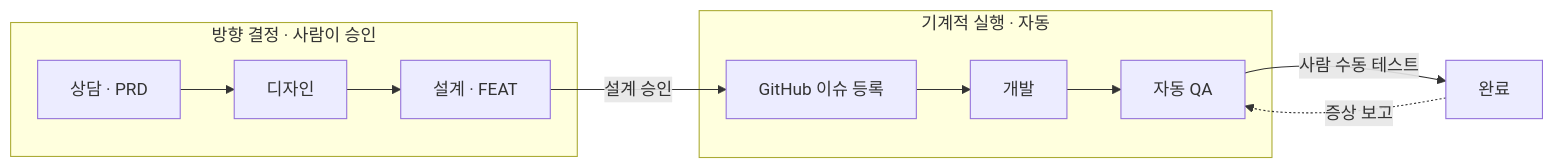
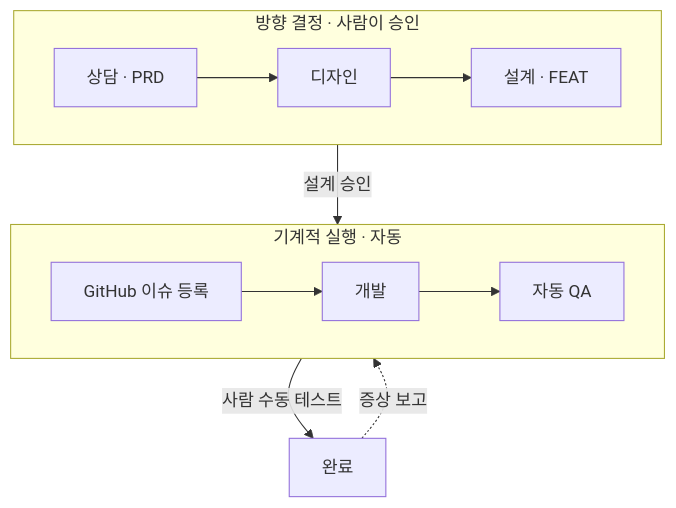
Before and after one commit to LeeSiHyeon711/LeeSiHyeon711: the diagram in README.md, drawn with Mermaid.

Commit message:
docs: 공정 다이어그램을 두 단 쌓기(TB + 안쪽 LR)로 재배치 — 승인 구간/자동 구간이 위아래 띠로 구분되도록
Claude-Session: https://claude.ai/code/session_012kSGu4vVGJCYR6dZsEyniZ

````diff
--- a/README.md
+++ b/README.md
@@ -17,12 +17,14 @@
 ```mermaid
-flowchart LR
+flowchart TB
     subgraph G1[방향 결정 · 사람이 승인]
+        direction LR
         A[상담 · PRD] --> B[디자인] --> C[설계 · FEAT]
     end
     subgraph G2[기계적 실행 · 자동]
+        direction LR
         D[GitHub 이슈 등록] --> E[개발] --> F[자동 QA]
     end
-    C -->|설계 승인| D
-    F -->|사람 수동 테스트| H[완료]
-    H -.->|증상 보고| F
+    G1 -->|설계 승인| G2
+    G2 -->|사람 수동 테스트| H[완료]
+    H -.->|증상 보고| G2
 ```
````
